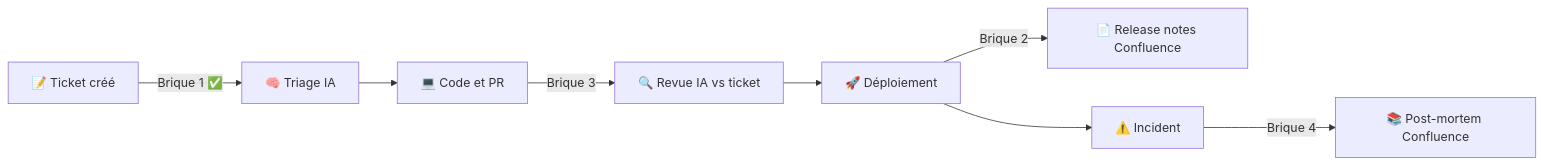
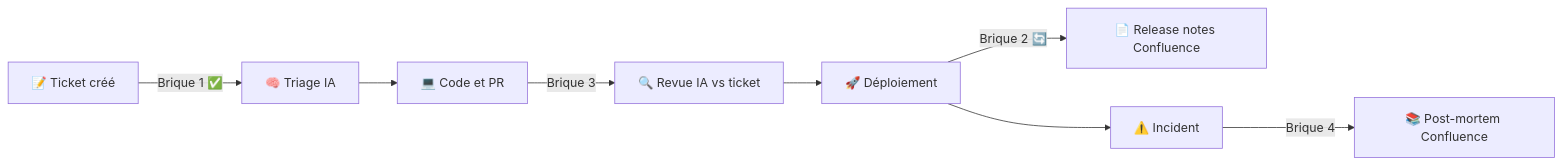
Before and after one commit to mbahnis/POC-AI-Atlassian: the diagram in docs/03-carnet-de-bord.md, drawn with Mermaid. The commit also changed other lines of this file and 4 other files, not shown here.

````diff
--- a/docs/03-carnet-de-bord.md
+++ b/docs/03-carnet-de-bord.md
@@ -36,10 +36,10 @@
 ```mermaid
 flowchart LR
     A[📝 Ticket créé] -->|Brique 1 ✅| B[🧠 Triage IA]
     B --> C[💻 Code et PR]
     C -->|Brique 3| D[🔍 Revue IA vs ticket]
     D --> E[🚀 Déploiement]
-    E -->|Brique 2| F[📄 Release notes Confluence]
+    E -->|Brique 2 🔄| F[📄 Release notes Confluence]
     E --> G[⚠️ Incident]
     G -->|Brique 4| H[📚 Post-mortem Confluence]
 ```
````
